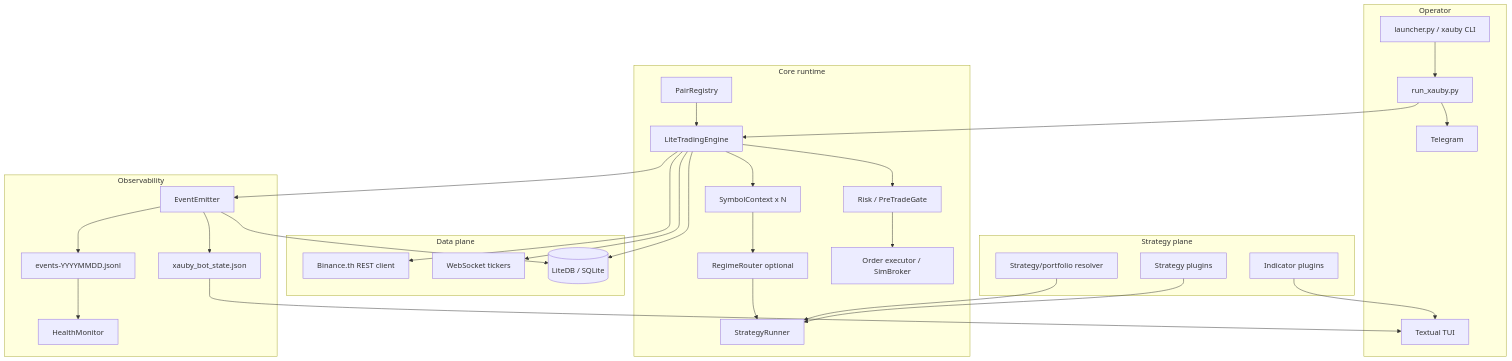
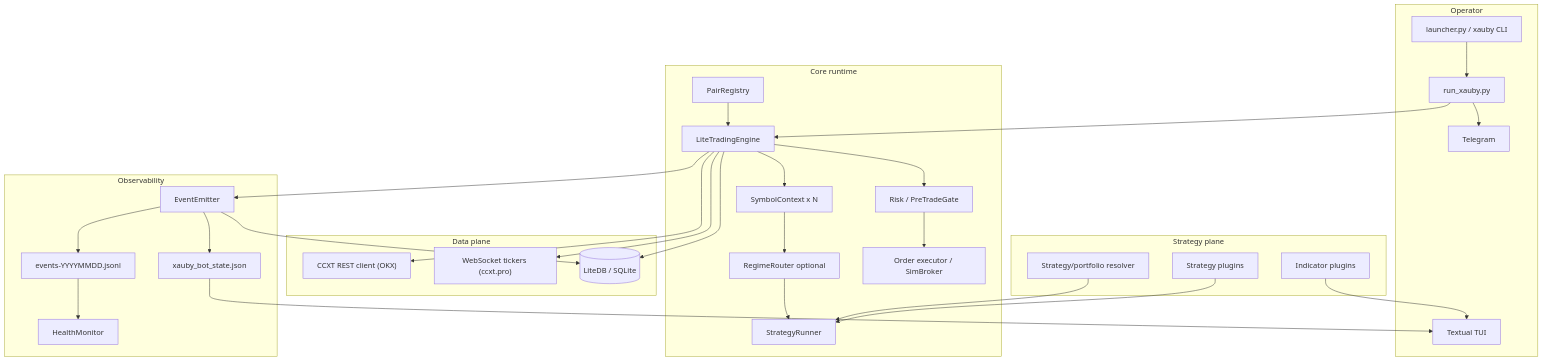
Before and after one commit to iisara555/xAuby: the first of 2 diagrams in docs/architecture.md, drawn with Mermaid. The commit also changed other lines of this file and 9 other files, not shown here.

````diff
--- a/docs/architecture.md
+++ b/docs/architecture.md
@@ -7,56 +19,56 @@
 ```mermaid
 flowchart TB
   subgraph operator [Operator]
     LAUNCH["launcher.py / xauby CLI"]
     RUN["run_xauby.py"]
     TUI["Textual TUI"]
     TG["Telegram"]
   end
 
   subgraph core [Core runtime]
     ENG["LiteTradingEngine"]
     REG["PairRegistry"]
     SC["SymbolContext x N"]
     ROUTER["RegimeRouter optional"]
     RUNNER["StrategyRunner"]
     RISK["Risk / PreTradeGate"]
     ORD["Order executor / SimBroker"]
   end
 
   subgraph strategy [Strategy plane]
     PLUG["Strategy plugins"]
     IND["Indicator plugins"]
     RES["Strategy/portfolio resolver"]
   end
 
   subgraph data [Data plane]
-    CLIENT["Binance.th REST client"]
-    WS["WebSocket tickers"]
+    CLIENT["CCXT REST client (OKX)"]
+    WS["WebSocket tickers (ccxt.pro)"]
     DB[("LiteDB / SQLite")]
   end
 
   subgraph obs [Observability]
     EMIT["EventEmitter"]
     JSONL["events-YYYYMMDD.jsonl"]
     STATE["xauby_bot_state.json"]
     HEALTH["HealthMonitor"]
   end
 
   LAUNCH --> RUN --> ENG
   RUN --> TG
   REG --> ENG
   ENG --> SC --> ROUTER --> RUNNER
   RES --> RUNNER
   PLUG --> RUNNER
   IND --> TUI
   ENG --> RISK --> ORD
   ENG --> CLIENT
   ENG --> WS
   ENG --> DB
   ENG --> EMIT
   EMIT --> JSONL
   EMIT --> DB
   EMIT --> STATE
   STATE --> TUI
   JSONL --> HEALTH
 ```
````
